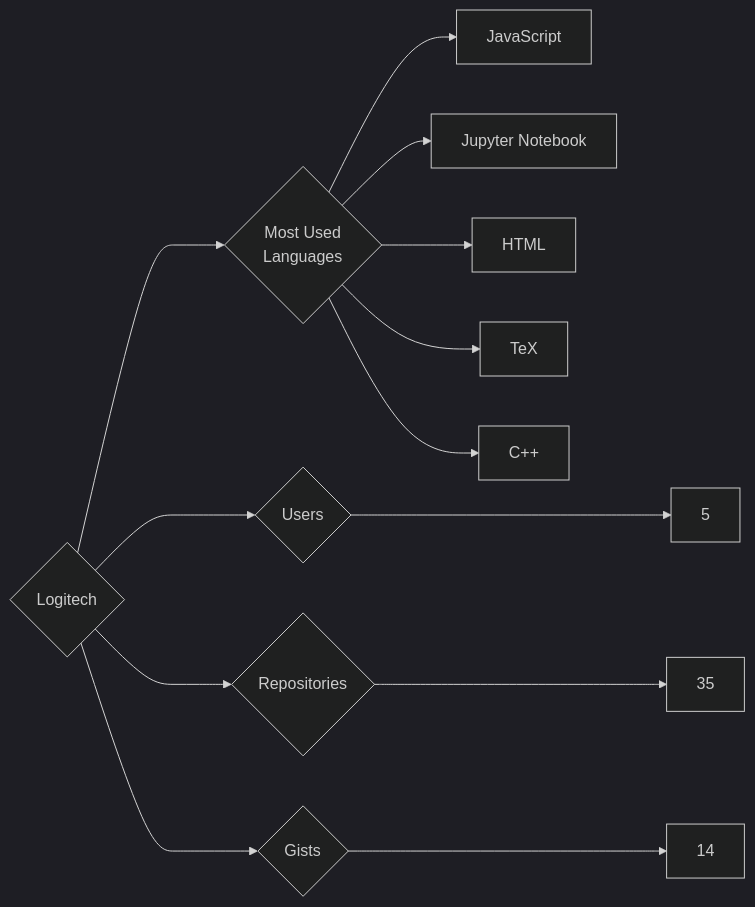
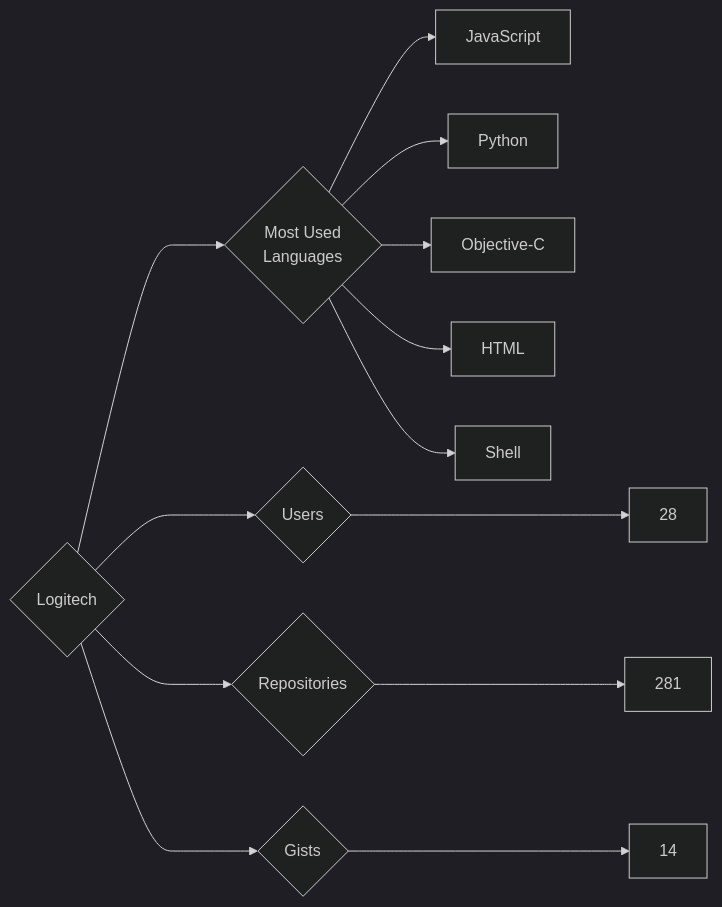
Before and after one commit to trickest/insiders: the diagram in targets/Logitech/README.md, drawn with Mermaid (dark theme). The commit also changed 826 other files, not shown here.

````diff
--- a/targets/Logitech/README.md
+++ b/targets/Logitech/README.md
@@ -3,13 +3,13 @@
 ```mermaid
 graph LR
 COMPANY_NAME{Logitech}
-COMPANY_NAME ---> U{Users} ---> UN[5]
-COMPANY_NAME ---> R{Repositories} ---> RN[35]
+COMPANY_NAME ---> U{Users} ---> UN[28]
+COMPANY_NAME ---> R{Repositories} ---> RN[281]
 COMPANY_NAME ---> G{Gists} ---> GN[14]
 COMPANY_NAME ---> ML{Most Used<br>Languages}
 ML --> JavaScript[JavaScript]
-ML --> Jupyter_Notebook[Jupyter Notebook]
+ML --> Python[Python]
+ML --> Objective-C[Objective-C]
 ML --> HTML[HTML]
-ML --> TeX[TeX]
-ML --> C++[C++]
+ML --> Shell[Shell]
 ```
````
